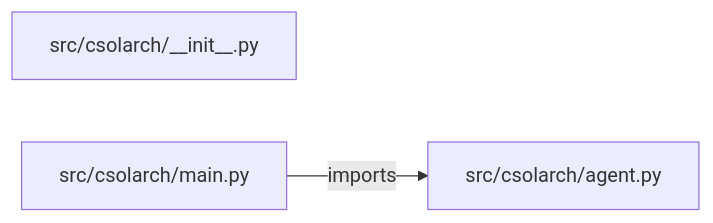
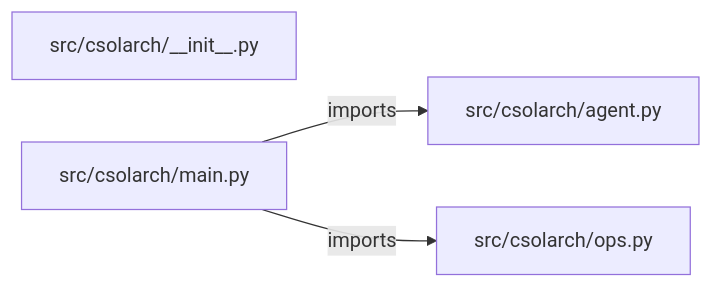
One commit to iarsingh/customer-solution-architecture-generator changed the diagram in PROJECT_ARCHITECTURE.md. Above: the diagram before and after it, drawn with Mermaid. The commit also changed other lines of this file and 2 other files, not shown here.

Commit message:
Refresh architecture and interview guides from current implementation

````diff
--- a/PROJECT_ARCHITECTURE.md
+++ b/PROJECT_ARCHITECTURE.md
@@ -13,7 +13,9 @@
 ```mermaid
 flowchart LR
     M0["src/csolarch/__init__.py"]
     M1["src/csolarch/agent.py"]
     M2["src/csolarch/main.py"]
+    M3["src/csolarch/ops.py"]
     M2 -->|imports| M1
+    M2 -->|imports| M3
 ```
````
